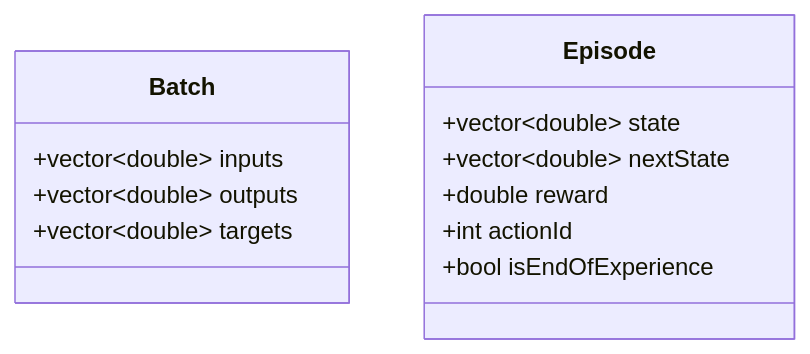
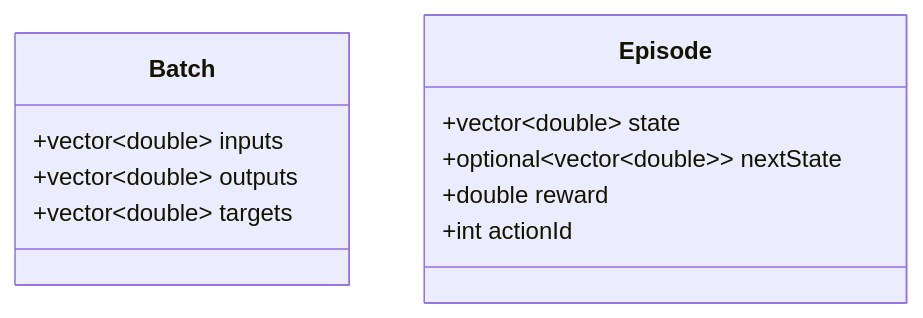
The fourth of 4 diagrams in README.md (alejandrofsevilla/neural-network-notes), drawn with Mermaid before and after one commit. The commit also changed other lines of this file, not shown here.

````diff
--- a/README.md
+++ b/README.md
@@ -328,14 +326,13 @@
 ```mermaid
 classDiagram
 class Batch
 Batch: +vector~double~ inputs
 Batch: +vector~double~ outputs
 Batch: +vector~double~ targets
 
 class Episode
 Episode: +vector~double~ state
-Episode: +vector~double~ nextState
+Episode: +optional~vector~double~~ nextState
 Episode: +double reward
 Episode: +int actionId
-Episode: +bool isEndOfExperience
 ```
````
